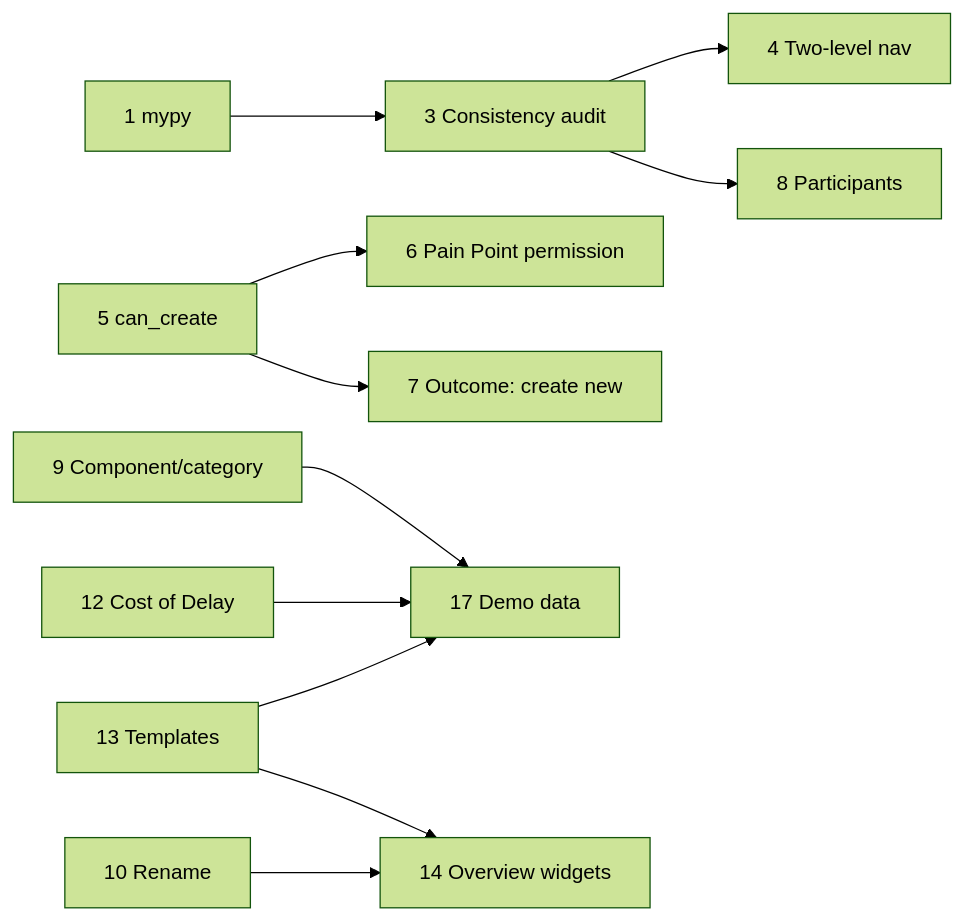
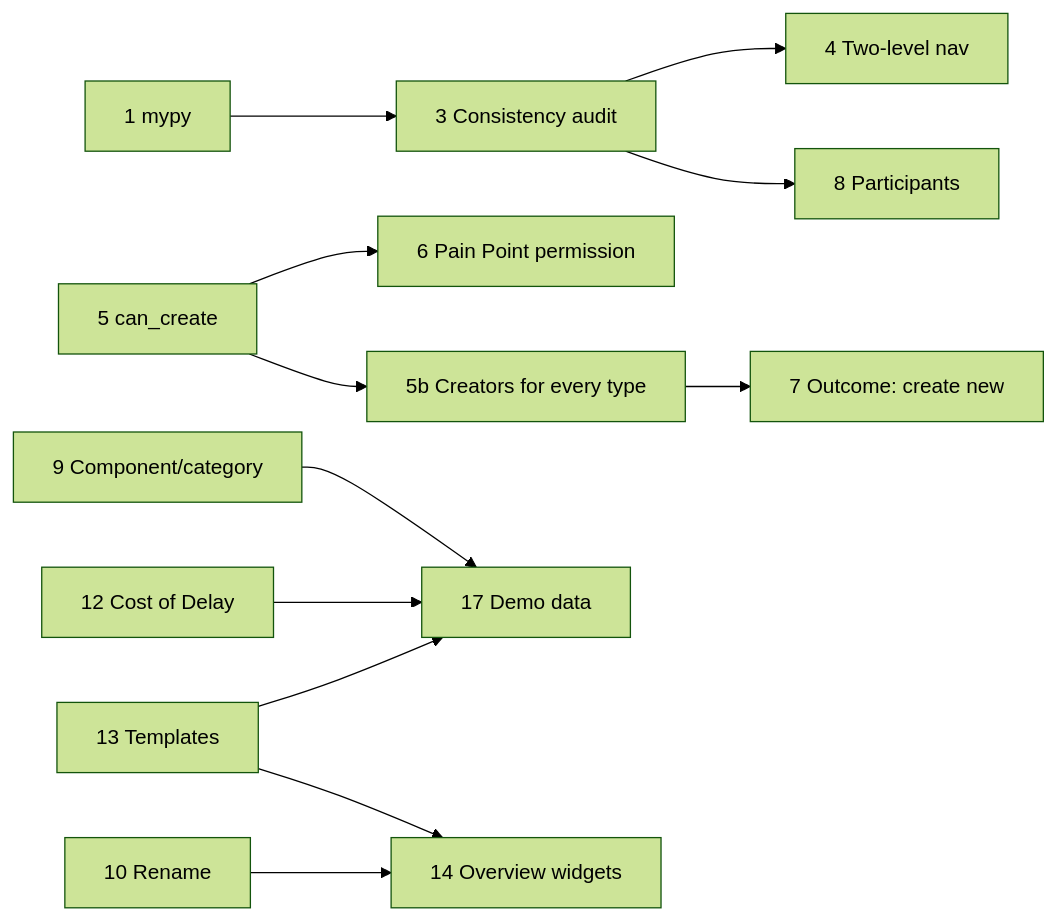
The diagram in docs/plans/platform-review-2026-11-plan.md (ballardr/reqtrackmanager), drawn with Mermaid (forest theme) before and after one commit. The commit also changed other lines of this file and 20 other files, not shown here.

````diff
--- a/docs/plans/platform-review-2026-11-plan.md
+++ b/docs/plans/platform-review-2026-11-plan.md
@@ -31,13 +32,14 @@
 ```mermaid
 flowchart LR
     P1["1 mypy"] --> P3["3 Consistency audit"]
     P3 --> P4["4 Two-level nav"]
     P5["5 can_create"] --> P6["6 Pain Point permission"]
-    P5 --> P7["7 Outcome: create new"]
+    P5 --> P5b["5b Creators for every type"]
+    P5b --> P7["7 Outcome: create new"]
     P3 --> P8["8 Participants"]
     P9["9 Component/category"] --> P17["17 Demo data"]
     P12["12 Cost of Delay"] --> P17
     P13["13 Templates"] --> P17
     P10["10 Rename"] --> P14["14 Overview widgets"]
     P13 --> P14
 ```
````
